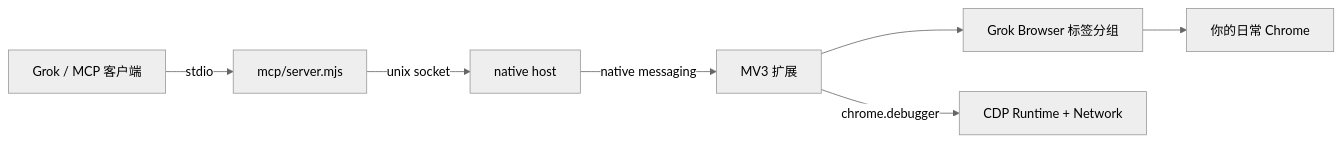
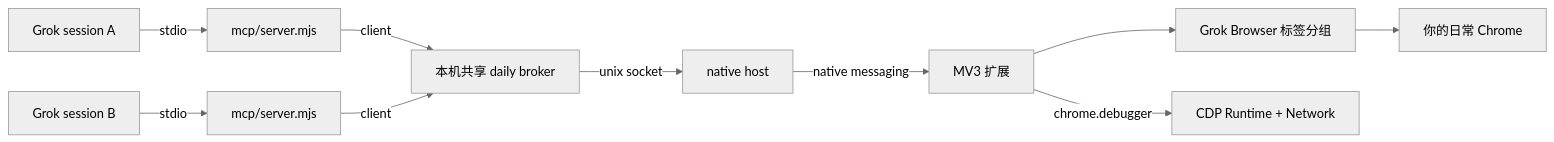
One commit to LiFeiYu-boost/grok-browser-use changed the diagram in README.zh-CN.md. Above: the diagram before and after it, drawn with Mermaid (neutral theme). The commit also changed other lines of this file and 10 other files, not shown here.

First line of the commit message:
Fix #8: share one daily broker across Grok sessions

````diff
--- a/README.zh-CN.md
+++ b/README.zh-CN.md
@@ -31,9 +31,12 @@
 ```mermaid
 flowchart LR
-  G[Grok / MCP 客户端] -->|stdio| M[mcp/server.mjs]
-  M -->|unix socket| H[native host]
+  G1[Grok session A] -->|stdio| M1[mcp/server.mjs]
+  G2[Grok session B] -->|stdio| M2[mcp/server.mjs]
+  M1 -->|client| HUB[本机共享 daily broker]
+  M2 -->|client| HUB
+  HUB -->|unix socket| H[native host]
   H -->|native messaging| E[MV3 扩展]
   E --> T[Grok Browser 标签分组]
   T --> C[你的日常 Chrome]
   E -->|chrome.debugger| D[CDP Runtime + Network]
 ```
````
